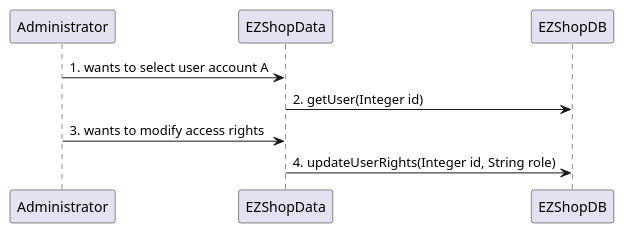
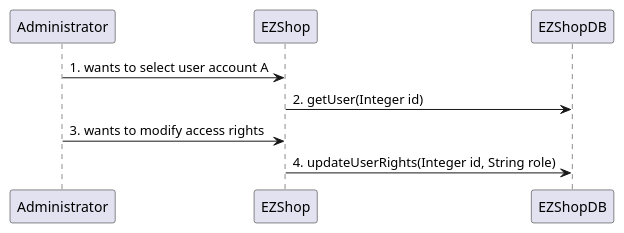
One commit to djemar/softeng_ezshop changed the eighth of 31 diagrams in Deliverables/DesignDocument.md. Above: the diagram before and after it, drawn with PlantUML. The commit also changed other lines of this file, not shown here.

````diff
--- a/Deliverables/DesignDocument.md
+++ b/Deliverables/DesignDocument.md
@@ -321,6 +333,6 @@
 ```plantuml
-"Administrator" -> "EZShopData": 1. wants to select user account A
-"EZShopData" -> "EZShopDB": 2. getUser(Integer id)
-"Administrator" -> "EZShopData": 3. wants to modify access rights
-"EZShopData" -> "EZShopDB": 4. updateUserRights(Integer id, String role)
+"Administrator" -> "EZShop": 1. wants to select user account A
+"EZShop" -> "EZShopDB": 2. getUser(Integer id)
+"Administrator" -> "EZShop": 3. wants to modify access rights
+"EZShop" -> "EZShopDB": 4. updateUserRights(Integer id, String role)
 ```
````
